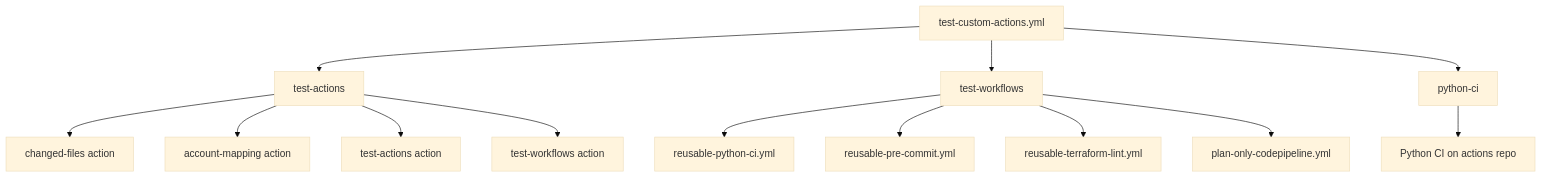
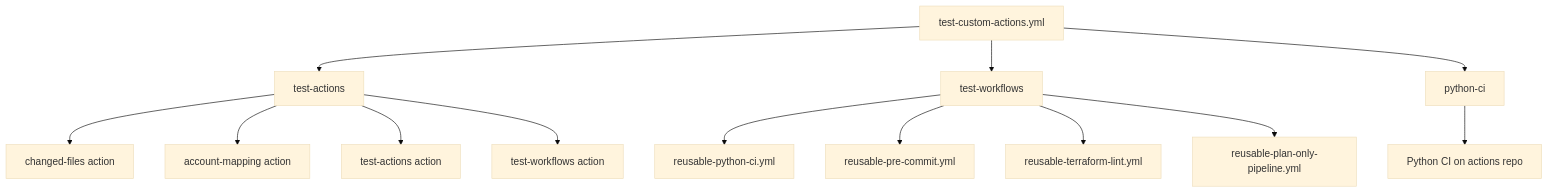
The diagram in .github/workflows/README.md (chaunceyyann/cyan-actions), drawn with Mermaid (base theme) before and after one commit. The commit also changed other lines of this file and 1 other file, not shown here.

````diff
--- a/.github/workflows/README.md
+++ b/.github/workflows/README.md
@@ -183,18 +198,18 @@
 ```mermaid
 flowchart TD
     A[test-custom-actions.yml] --> B[test-actions]
     A --> C[test-workflows]
     A --> D[python-ci]
 
     B --> E[changed-files action]
     B --> F[account-mapping action]
     B --> G[test-actions action]
     B --> H[test-workflows action]
 
     C --> I[reusable-python-ci.yml]
     C --> J[reusable-pre-commit.yml]
     C --> K[reusable-terraform-lint.yml]
-    C --> L[plan-only-codepipeline.yml]
+    C --> L[reusable-plan-only-pipeline.yml]
 
     D --> M[Python CI on actions repo]
 ```
````
